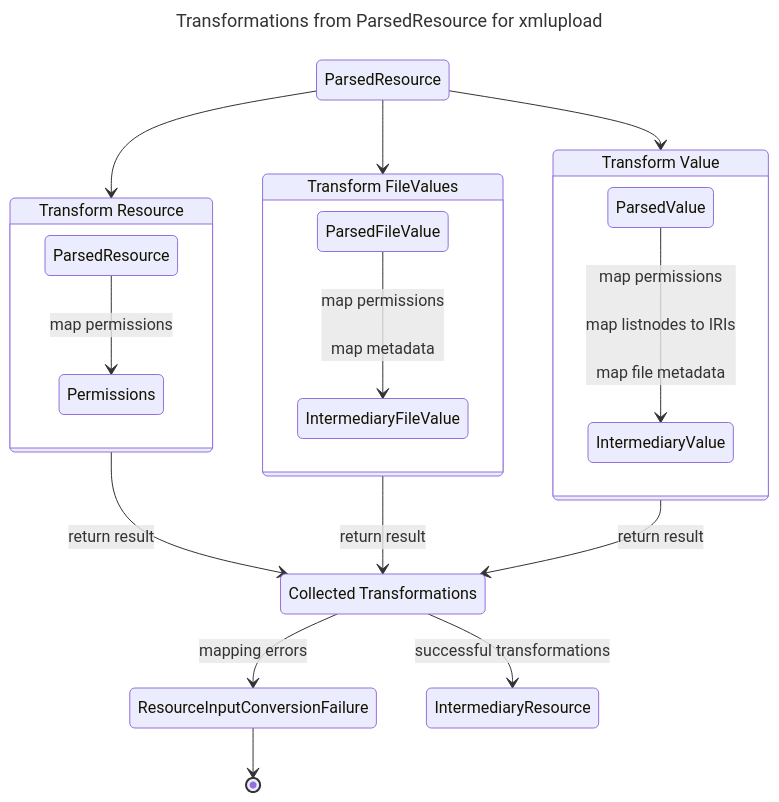
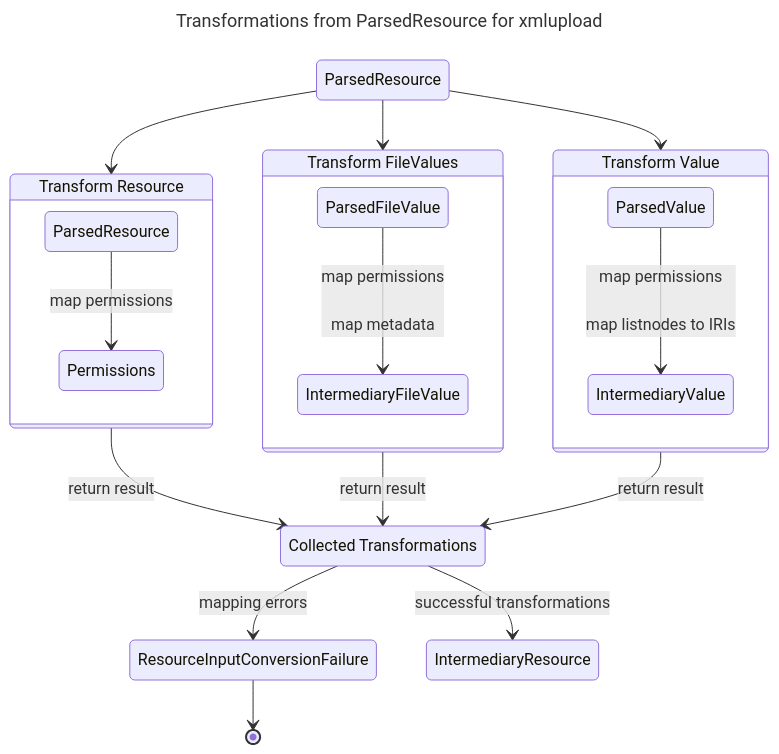
The third of 3 diagrams in docs/developers/architecture.md (dasch-swiss/dsp-tools), drawn with Mermaid before and after one commit.

````diff
--- a/docs/developers/architecture.md
+++ b/docs/developers/architecture.md
@@ -101,33 +101,33 @@
 ```mermaid
 ---
 title: Transformations from ParsedResource for xmlupload
 ---
 stateDiagram-v2
 
 state "Transform Resource" as transformres
 state "Transform Value" as transfomrationval
 state "Transform FileValues" as transformfile
 state "ParsedValue" as parsedval
 state "ParsedResource" as parsedres
 state "IntermediaryValue" as valdes
 state "Collected Transformations" as coll
 
 parsedres-->transformfile
 parsedres-->transfomrationval
 parsedres-->transformres
 state transformres {
     ParsedResource-->Permissions: map permissions
 }
 state transfomrationval {
-    parsedval-->valdes: map permissions<br/><br/>map listnodes to IRIs<br/><br/>map file metadata
+    parsedval-->valdes: map permissions<br/><br/>map listnodes to IRIs
 }
 state transformfile {
     ParsedFileValue-->IntermediaryFileValue: map permissions<br/><br/>map metadata
 }
 transformres-->coll: return result
 transformfile-->coll: return result
 transfomrationval-->coll: return result
 coll-->ResourceInputConversionFailure: mapping errors
 ResourceInputConversionFailure-->[*]
 coll-->IntermediaryResource: successful transformations
 ```
````
